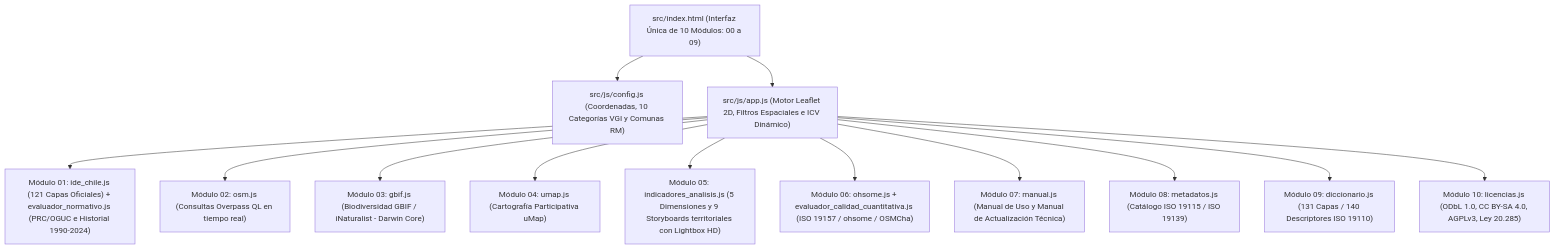
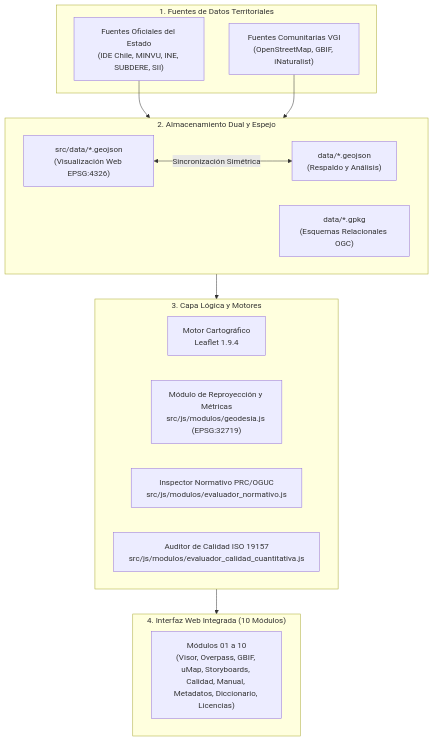
The diagram in src/docs/MANUAL_ACTUALIZACION_ATLAS.md (GEOJOTA/atlas_vgi_territorial), drawn with Mermaid before and after one commit. The commit also changed other lines of this file and 23 other files, not shown here.

Commit message:
docs: reescribir documentacion integral de alta calidad, eliminar analisis de html, simplificar geodesia a configuracion y centralizar operaciones en manual de actualizacion

````diff
--- a/src/docs/MANUAL_ACTUALIZACION_ATLAS.md
+++ b/src/docs/MANUAL_ACTUALIZACION_ATLAS.md
@@ -172,20 +91,29 @@
 ```mermaid
 flowchart TD
-    UI["src/index.html (Interfaz Única de 10 Módulos: 00 a 09)"]
-    CFG["src/js/config.js (Coordenadas, 10 Categorías VGI y Comunas RM)"]
-    APP["src/js/app.js (Motor Leaflet 2D, Filtros Espaciales e ICV Dinámico)"]
-    
-    UI --> CFG
-    UI --> APP
-    
-    APP --> M01["Módulo 01: ide_chile.js (121 Capas Oficiales) + evaluador_normativo.js (PRC/OGUC e Historial 1990-2024)"]
-    APP --> M02["Módulo 02: osm.js (Consultas Overpass QL en tiempo real)"]
-    APP --> M03["Módulo 03: gbif.js (Biodiversidad GBIF / iNaturalist - Darwin Core)"]
-    APP --> M04["Módulo 04: umap.js (Cartografía Participativa uMap)"]
-    APP --> M05["Módulo 05: indicadores_analisis.js (5 Dimensiones y 9 Storyboards territoriales con Lightbox HD)"]
-    APP --> M06["Módulo 06: ohsome.js + evaluador_calidad_cuantitativa.js (ISO 19157 / ohsome / OSMCha)"]
-    APP --> M07["Módulo 07: manual.js (Manual de Uso y Manual de Actualización Técnica)"]
-    APP --> M08["Módulo 08: metadatos.js (Catálogo ISO 19115 / ISO 19139)"]
-    APP --> M09["Módulo 09: diccionario.js (131 Capas / 140 Descriptores ISO 19110)"]
-    APP --> M10["Módulo 10: licencias.js (ODbL 1.0, CC BY-SA 4.0, AGPLv3, Ley 20.285)"]
+    subgraph Fuentes ["1. Fuentes de Datos Territoriales"]
+        A1["Fuentes Oficiales del Estado<br/>(IDE Chile, MINVU, INE, SUBDERE, SII)"]
+        A2["Fuentes Comunitarias VGI<br/>(OpenStreetMap, GBIF, iNaturalist)"]
+    end
+
+    subgraph Almacenamiento ["2. Almacenamiento Dual y Espejo"]
+        B1["src/data/*.geojson<br/>(Visualización Web EPSG:4326)"]
+        B2["data/*.geojson<br/>(Respaldo y Análisis)"]
+        B3["data/*.gpkg<br/>(Esquemas Relacionales OGC)"]
+        B1 <-->|Sincronización Simétrica| B2
+    end
+
+    subgraph Logica ["3. Capa Lógica y Motores"]
+        C1["Motor Cartográfico<br/>Leaflet 1.9.4"]
+        C2["Módulo de Reproyección y Métricas<br/>src/js/modulos/geodesia.js (EPSG:32719)"]
+        C3["Inspector Normativo PRC/OGUC<br/>src/js/modulos/evaluador_normativo.js"]
+        C4["Auditor de Calidad ISO 19157<br/>src/js/modulos/evaluador_calidad_cuantitativa.js"]
+    end
+
+    subgraph UI ["4. Interfaz Web Integrada (10 Módulos)"]
+        D1["Módulos 01 a 10<br/>(Visor, Overpass, GBIF, uMap, Storyboards, Calidad, Manual, Metadatos, Diccionario, Licencias)"]
+    end
+
+    A1 & A2 --> Almacenamiento
+    Almacenamiento --> Logica
+    Logica --> UI
 ```
````
